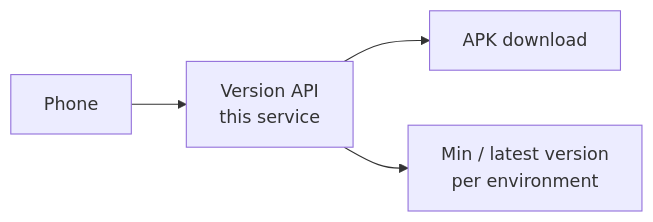
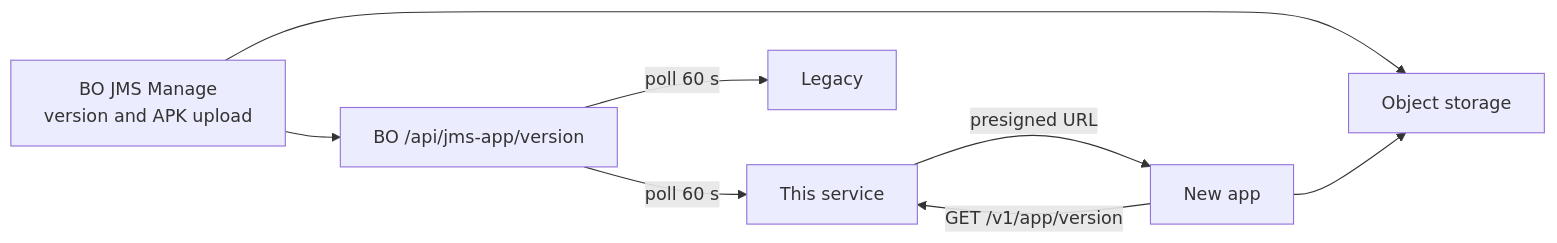
The diagram in plans-next-architecture/08-version-release.md (ryenguyen7411/jms-docs), drawn with Mermaid before and after one commit. The commit also changed other lines of this file and 12 other files, not shown here.

````diff
--- a/plans-next-architecture/08-version-release.md
+++ b/plans-next-architecture/08-version-release.md
@@ -9,6 +9,10 @@
 ```mermaid
 flowchart LR
-    APP["Phone"] --> VER["Version API\nthis service"]
-    VER --> APK["APK download"]
-    VER --> META["Min / latest version\nper environment"]
+    MANAGE["BO JMS Manage<br/>version and APK upload"] --> BOV["BO /api/jms-app/version"]
+    MANAGE --> S3["Object storage"]
+    BOV -->|"poll 60 s"| JMS["This service"]
+    BOV -->|"poll 60 s"| LEG["Legacy"]
+    APP["New app"] -->|"GET /v1/app/version"| JMS
+    JMS -->|"presigned URL"| APP
+    APP --> S3
 ```
````
